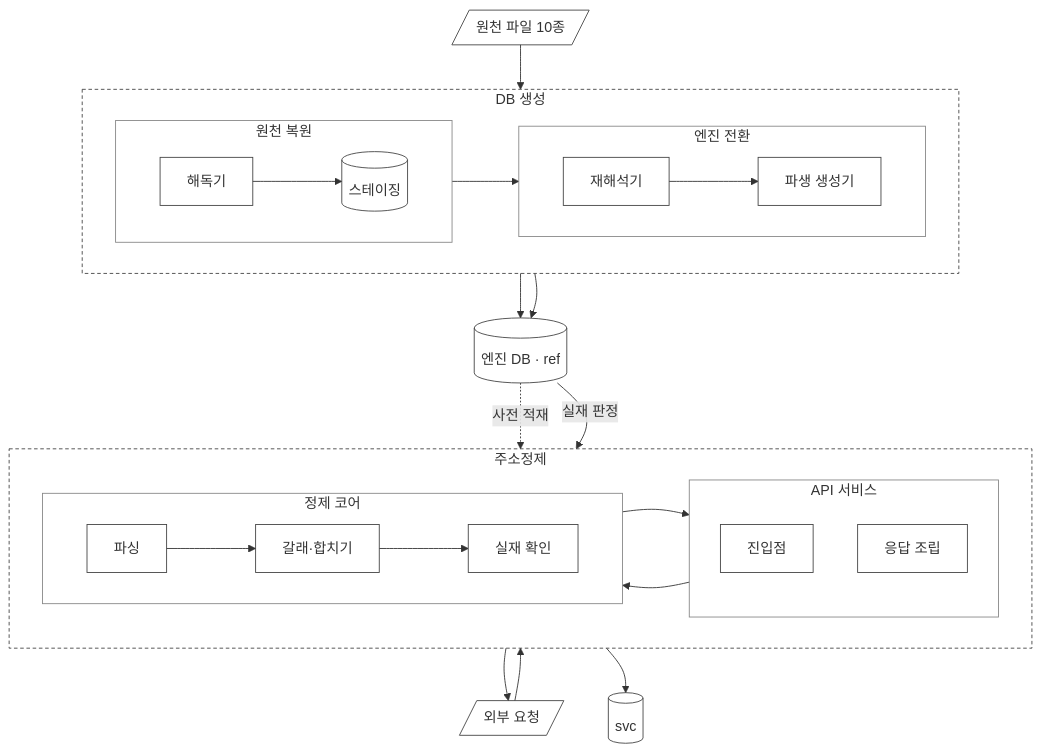
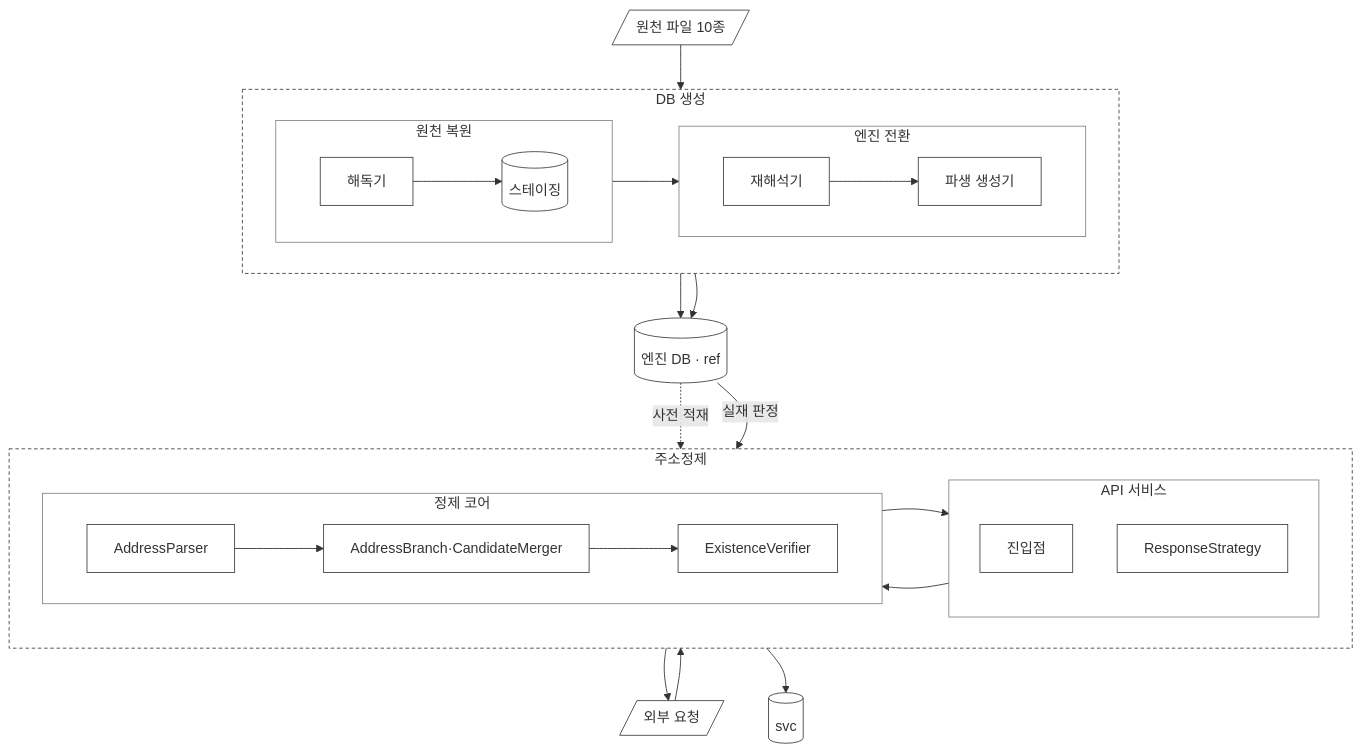
One commit to buss-sooin/address-refine-diagnostics changed the diagram in design/01-scope.md. Above: the diagram before and after it, drawn with Mermaid. The commit also changed other lines of this file and 20 other files, not shown here.

````diff
--- a/design/01-scope.md
+++ b/design/01-scope.md
@@ -173,55 +173,55 @@
 ```mermaid
 flowchart TB
   SRC[/"원천 파일 10종"/]
 
   subgraph GEN["DB 생성"]
     direction LR
     subgraph RST["원천 복원"]
       direction LR
       R["해독기"] --> STG[("스테이징")]
     end
     subgraph XFM["엔진 전환"]
       direction LR
       X["재해석기"] --> P["파생 생성기"]
     end
     STG --> X
   end
 
   EDB[("엔진 DB · ref")]
 
   subgraph RFN["주소정제"]
     direction LR
     subgraph APIS["API 서비스"]
       direction TB
       AI["진입점"]
-      AO["응답 조립"]
+      AO["ResponseStrategy"]
     end
     subgraph CORE["정제 코어"]
       direction LR
-      K1["파싱"] --> K2["갈래·합치기"] --> K3["실재 확인"]
+      K1["AddressParser"] --> K2["AddressBranch·CandidateMerger"] --> K3["ExistenceVerifier"]
     end
     AI --> K1
     K3 --> AO
   end
 
   SDB[("svc")]
   CLI[/"외부 요청"/]
 
   SRC --> R
   P --> EDB
   X --> EDB
   CLI --> AI
   AO --> CLI
   EDB -. "사전 적재" .-> K1
   EDB -- "실재 판정" --> K3
   AO --> SDB
 
   classDef m fill:none,stroke:#444,stroke-width:1px
   class SRC,R,STG,X,P,EDB,AI,AO,K1,K2,K3,SDB,CLI m
   style GEN fill:none,stroke:#444,stroke-dasharray:4 3
   style RFN fill:none,stroke:#444,stroke-dasharray:4 3
   style RST fill:none,stroke:#888
   style XFM fill:none,stroke:#888
   style APIS fill:none,stroke:#888
   style CORE fill:none,stroke:#888
 ```
````
